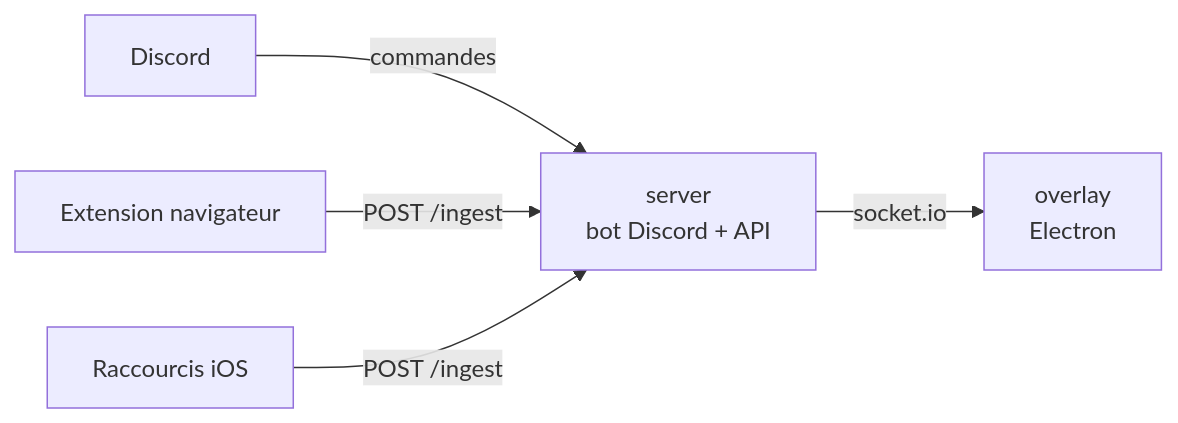
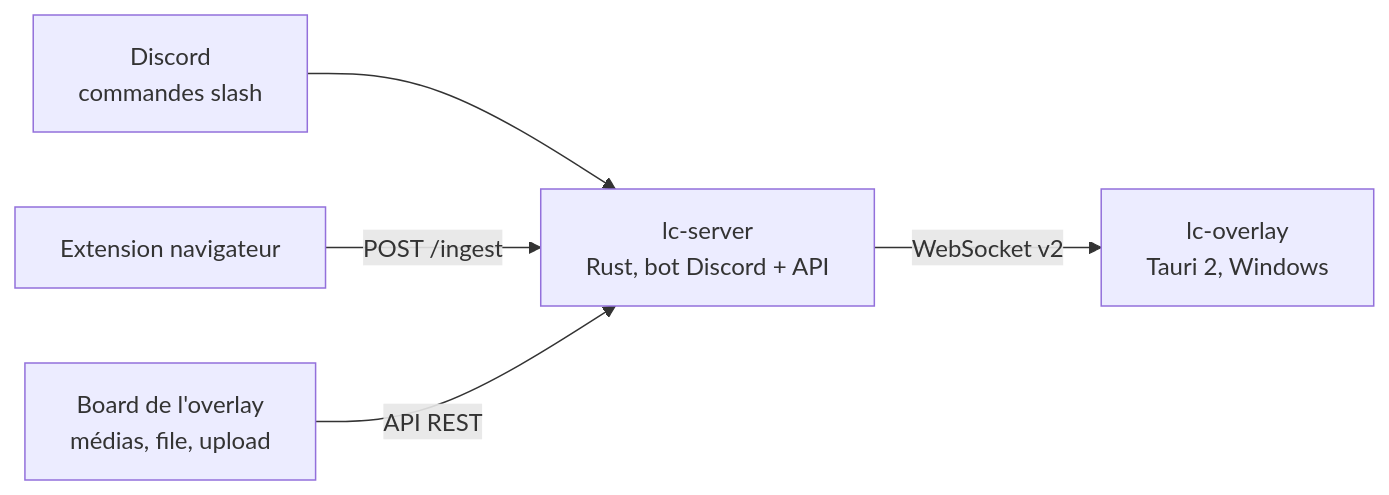
The diagram in README.md (quentingimenez/LiveChat), drawn with Mermaid before and after one commit. The commit also changed other lines of this file, not shown here.

````diff
--- a/README.md
+++ b/README.md
@@ -5,7 +9,7 @@
 ```mermaid
 flowchart LR
-  discord[Discord] -->|commandes| server
+  discord[Discord<br/>commandes slash] --> server
   extension[Extension navigateur] -->|POST /ingest| server
-  ios[Raccourcis iOS] -->|POST /ingest| server
-  server[server<br/>bot Discord + API] -->|socket.io| overlay[overlay<br/>Electron]
+  board[Board de l'overlay<br/>médias, file, upload] -->|API REST| server
+  server[lc-server<br/>Rust, bot Discord + API] -->|WebSocket v2| overlay[lc-overlay<br/>Tauri 2, Windows]
 ```
````
